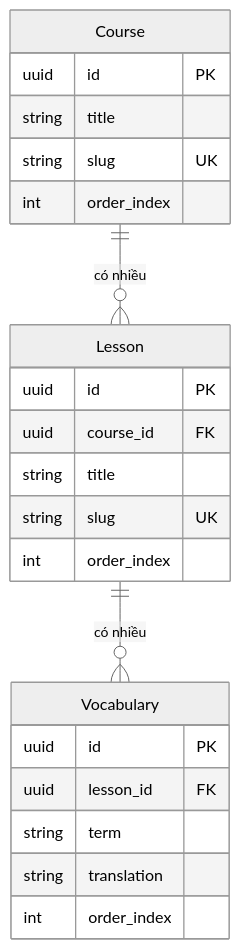
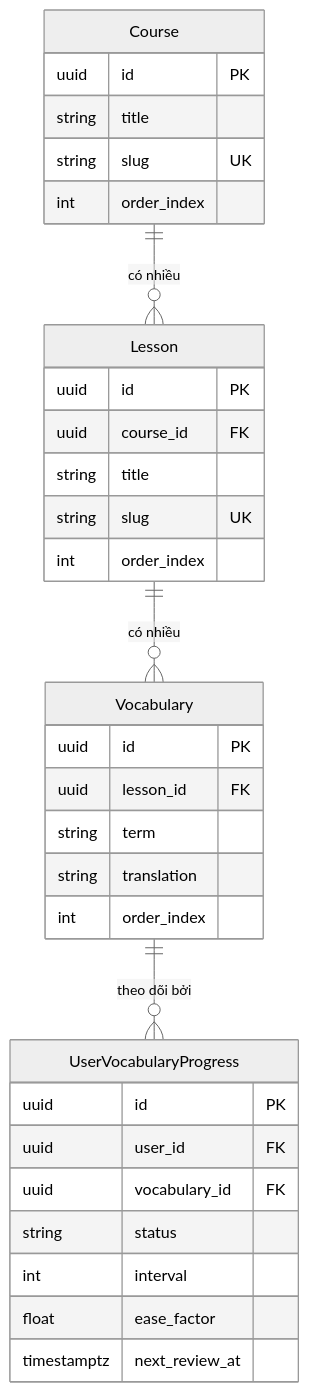
Before and after one commit to canhhungdev2/speak-up: the diagram in docs/database/schema.md, drawn with Mermaid (neutral theme). The commit also changed other lines of this file and 14 other files, not shown here.

````diff
--- a/docs/database/schema.md
+++ b/docs/database/schema.md
@@ -122,26 +122,36 @@
 ```mermaid
 erDiagram
     Course ||--o{ Lesson : "có nhiều"
     Lesson ||--o{ Vocabulary : "có nhiều"
+    Vocabulary ||--o{ UserVocabularyProgress : "theo dõi bởi"
     
     Course {
         uuid id PK
         string title
         string slug UK
         int order_index
     }
     Lesson {
         uuid id PK
         uuid course_id FK
         string title
         string slug UK
         int order_index
     }
     Vocabulary {
         uuid id PK
         uuid lesson_id FK
         string term
         string translation
         int order_index
     }
+    UserVocabularyProgress {
+        uuid id PK
+        uuid user_id FK
+        uuid vocabulary_id FK
+        string status
+        int interval
+        float ease_factor
+        timestamptz next_review_at
+    }
 ```
````
